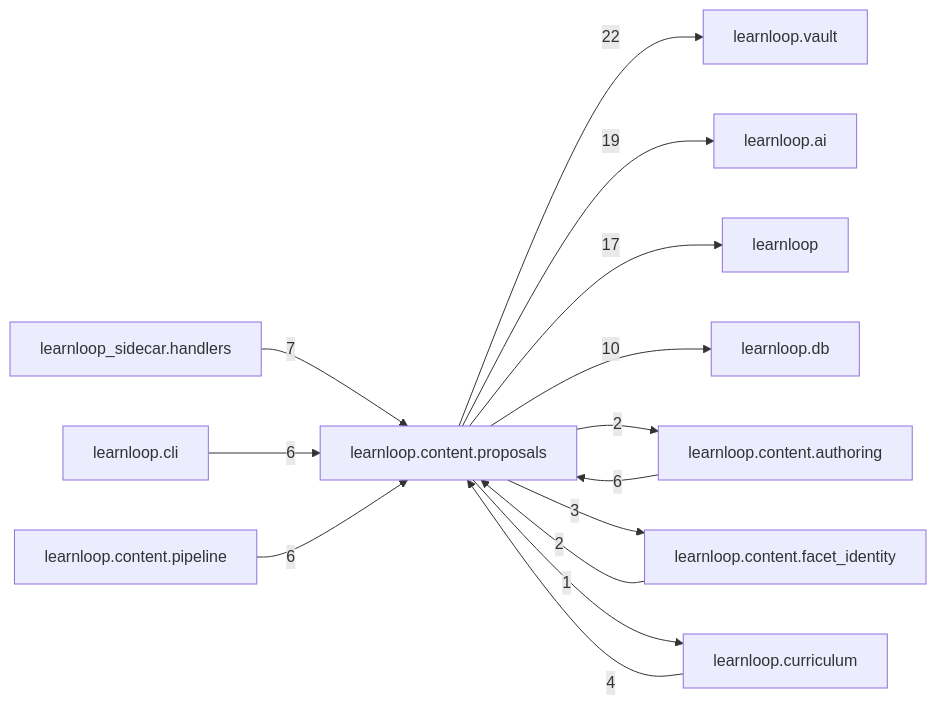
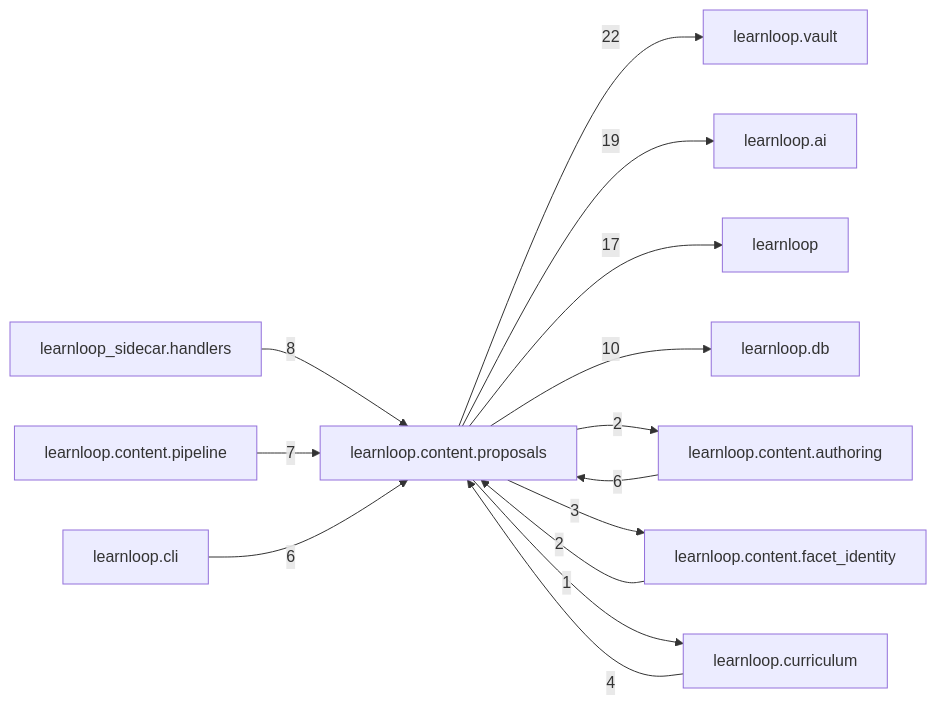
Before and after one commit to 6up-b/learnanything: the diagram in docs/learnloop-architecture-vault/Reference/Modules/learnloop/content/proposals/_package.md, drawn with Mermaid. The commit also changed other lines of this file and 88 other files, not shown here.

````diff
--- a/docs/learnloop-architecture-vault/Reference/Modules/learnloop/content/proposals/_package.md
+++ b/docs/learnloop-architecture-vault/Reference/Modules/learnloop/content/proposals/_package.md
@@ -104,27 +104,27 @@
 ```mermaid
 flowchart LR
     center["learnloop.content.proposals"]
     n_learnloop_vault["learnloop.vault"]
     n_learnloop_ai["learnloop.ai"]
     n_learnloop["learnloop"]
     n_learnloop_db["learnloop.db"]
     n_learnloop_content_authoring["learnloop.content.authoring"]
     n_learnloop_sidecar_handlers["learnloop_sidecar.handlers"]
+    n_learnloop_content_pipeline["learnloop.content.pipeline"]
     n_learnloop_cli["learnloop.cli"]
-    n_learnloop_content_pipeline["learnloop.content.pipeline"]
     n_learnloop_content_facet_identity["learnloop.content.facet_identity"]
     n_learnloop_curriculum["learnloop.curriculum"]
     center -->|22| n_learnloop_vault
     center -->|19| n_learnloop_ai
     center -->|17| n_learnloop
     center -->|10| n_learnloop_db
     n_learnloop_content_authoring -->|6| center
     center -->|2| n_learnloop_content_authoring
-    n_learnloop_sidecar_handlers -->|7| center
+    n_learnloop_sidecar_handlers -->|8| center
+    n_learnloop_content_pipeline -->|7| center
     n_learnloop_cli -->|6| center
-    n_learnloop_content_pipeline -->|6| center
     n_learnloop_content_facet_identity -->|2| center
     center -->|3| n_learnloop_content_facet_identity
     n_learnloop_curriculum -->|4| center
     center -->|1| n_learnloop_curriculum
 ```
````
